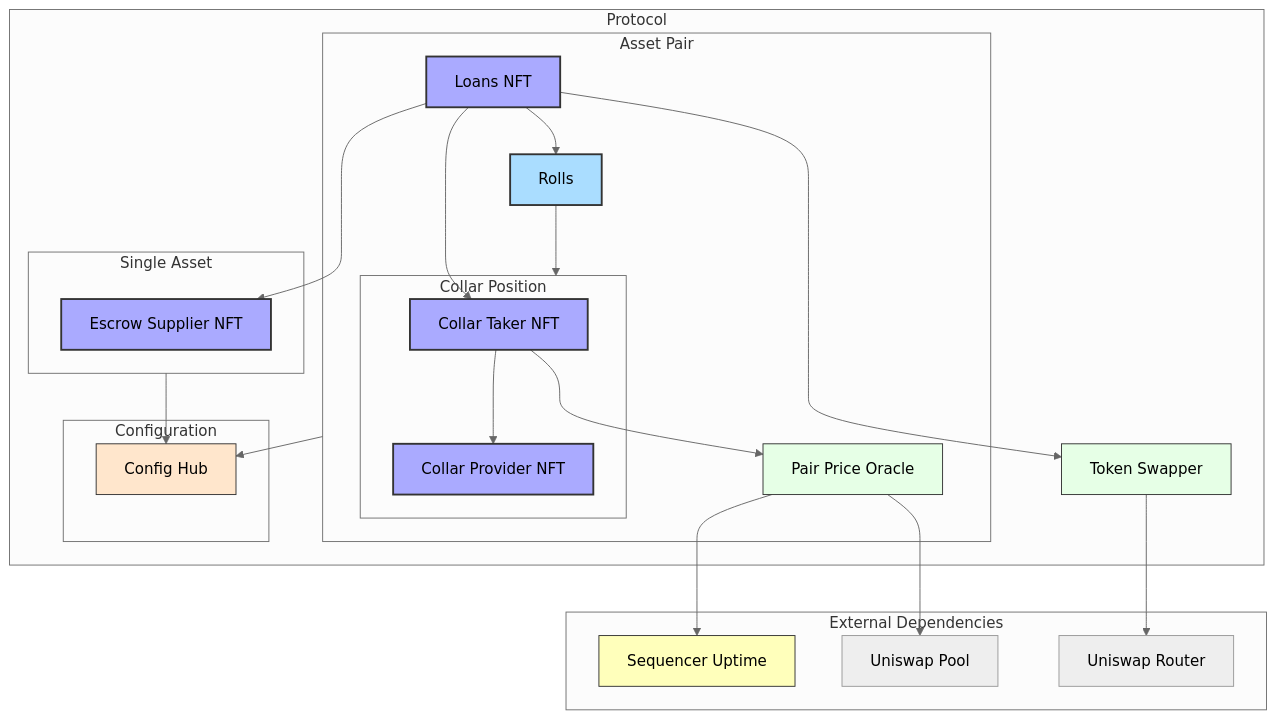
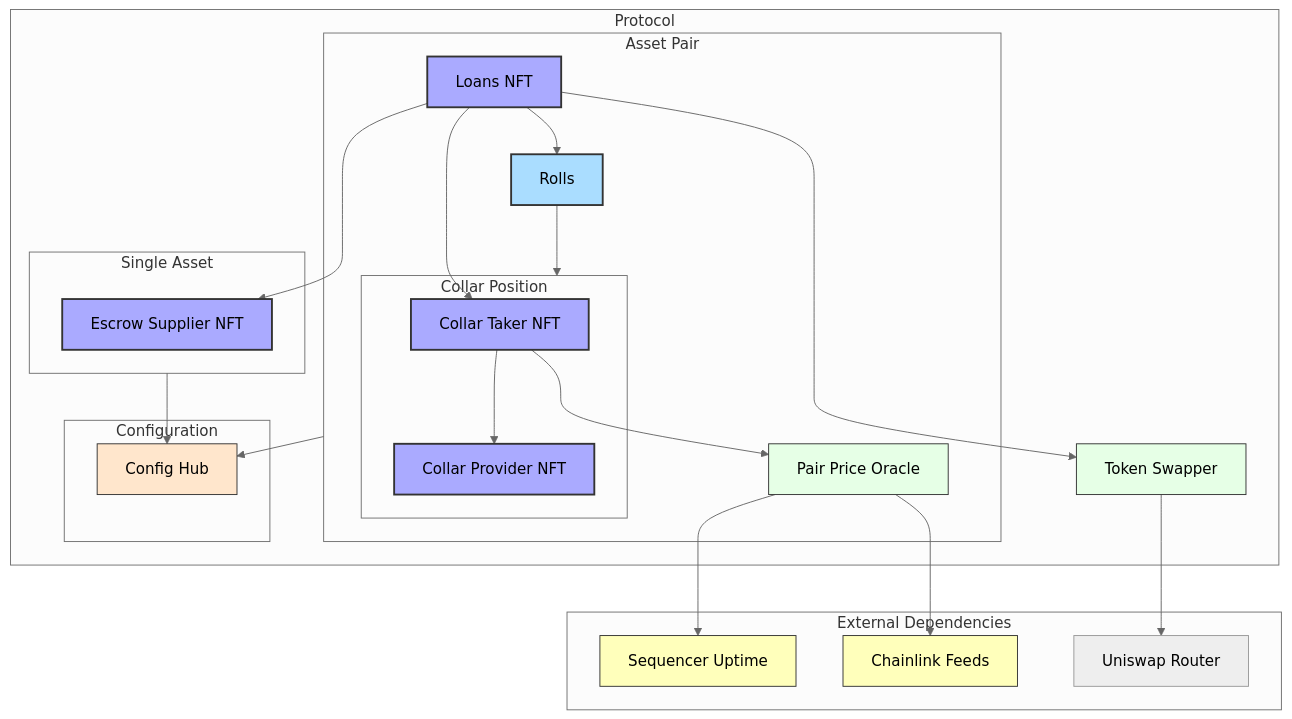
The first of 5 diagrams in devdocs/diagrams.md (CollarNetworks/protocol-core), drawn with Mermaid (neutral theme) before and after one commit. The commit also changed other lines of this file and 3 other files, not shown here.

````diff
--- a/devdocs/diagrams.md
+++ b/devdocs/diagrams.md
@@ -11,64 +11,64 @@
 ```mermaid
 graph TB
     subgraph Protocol[Protocol]
         subgraph AssetPair[Asset Pair]
             Loans[Loans NFT]
             
             subgraph Positions[Collar Position]
                 Taker[Collar Taker NFT]
                 Provider[Collar Provider NFT]
             end
             
             RollsContract[Rolls]
 
             Oracle[Pair Price Oracle]
         end
 
         subgraph SingleAsset[Single Asset]
             EscrowNFT[Escrow Supplier NFT]
         end
 
         %% Configuration
         subgraph Config[Configuration]
             Hub[Config Hub]
         end
 
 
         Swap[Token Swapper]
     end
 
 
     %% External Systems
     subgraph External[External Dependencies]
         Sequencer[Sequencer Uptime]
-        Pool[Uniswap Pool]
+        Chainlink[Chainlink Feeds]
         Router[Uniswap Router]
     end
 
     %% Relationships
     Loans --> Taker
     Loans --> EscrowNFT
     Loans --> RollsContract
     Loans --> Swap
     Taker --> Provider
     Taker --> Oracle
     Oracle --> Sequencer
     RollsContract --> Positions
     Swap --> Router
-    Oracle --> Pool
+    Oracle --> Chainlink
     AssetPair --> Hub
     SingleAsset --> Hub
 
     %% Style
     classDef managedNft fill:#aaaaff,stroke:#333,stroke-width:2px
     classDef managed fill:#aaddff,stroke:#333,stroke-width:2px
     classDef unowned fill:#e6ffe6,stroke:#333
     classDef config fill:#ffe6cc,stroke:#333
     classDef chainlink fill:#ffffbb,stroke:#333
 
     class Loans,Taker,Provider,EscrowNFT managedNft
     class RollsContract managed
     class Oracle,Swap unowned
     class Hub,Admin config
-    class Sequencer chainlink
+    class Sequencer,Chainlink chainlink
 ```
````
